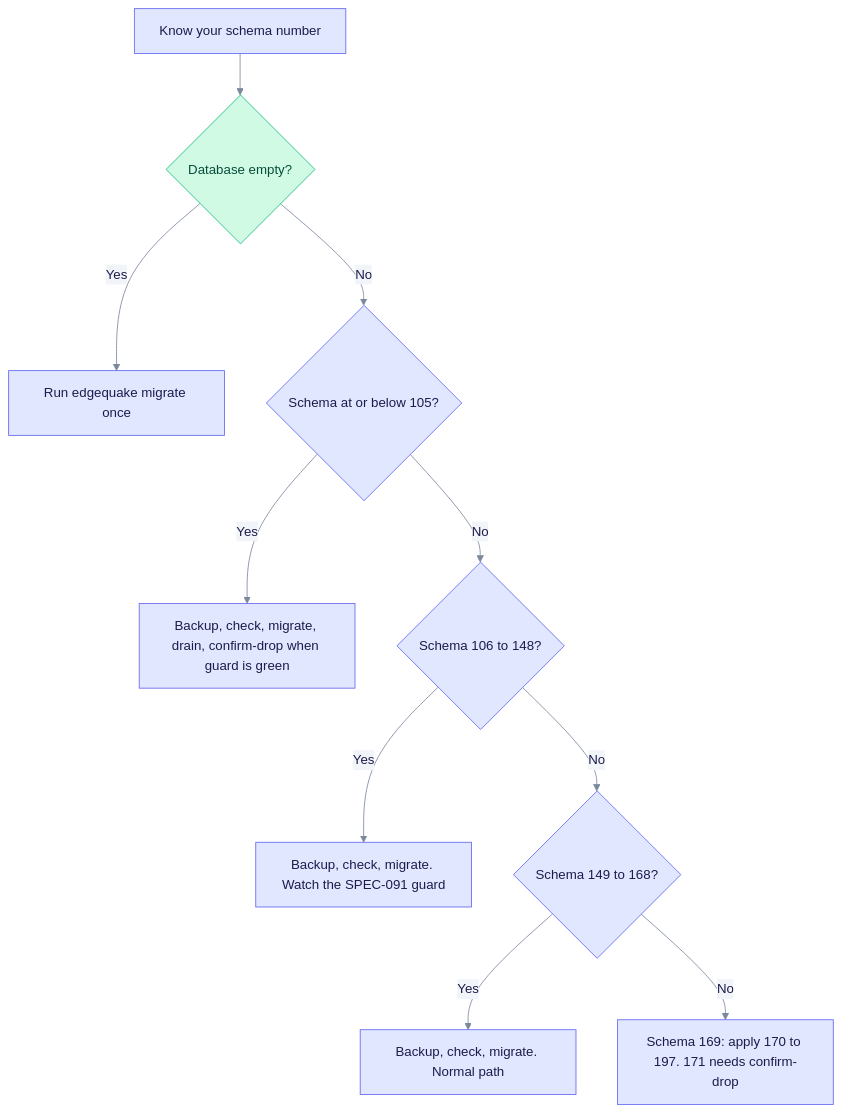
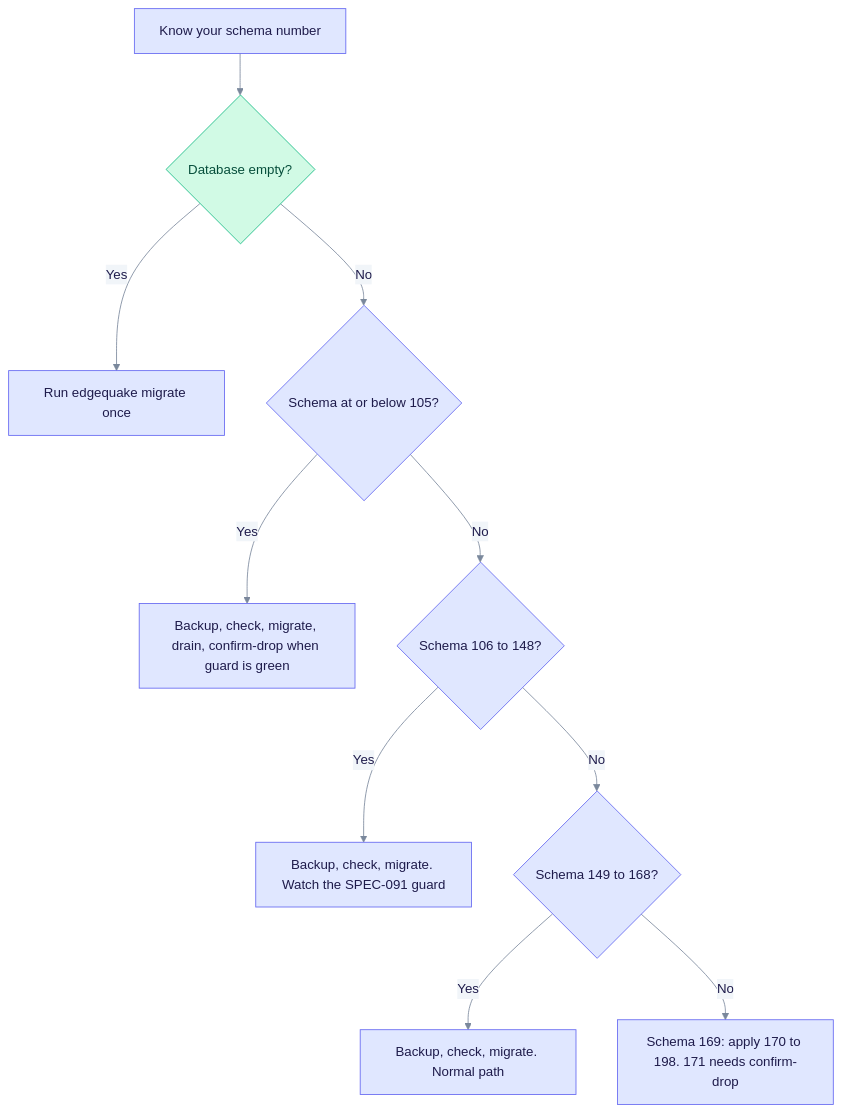
The first of 3 diagrams in docs/operations/upgrading.md (YatchiYa/edgequake), drawn with Mermaid before and after one commit. The commit also changed other lines of this file and 11 other files, not shown here.

````diff
--- a/docs/operations/upgrading.md
+++ b/docs/operations/upgrading.md
@@ -24,17 +24,17 @@
 ```mermaid
 %%{init: {"theme":"base","themeVariables":{"primaryColor":"#E0E7FF","primaryBorderColor":"#6366F1","primaryTextColor":"#1E1B4B","secondaryColor":"#D1FAE5","secondaryBorderColor":"#10B981","secondaryTextColor":"#064E3B","tertiaryColor":"#FEF3C7","tertiaryBorderColor":"#F59E0B","tertiaryTextColor":"#6B7A90","lineColor":"#7A889C","clusterBkg":"rgba(99,102,241,0.07)","clusterBorder":"#A5B4FC","noteBkgColor":"#FEF9C3","noteTextColor":"#422006","textColor":"#6B7A90","titleColor":"#6B7A90","signalColor":"#7A889C","signalTextColor":"#6B7A90","loopTextColor":"#6B7A90","edgeLabelBackground":"#F1F5F9","actorLineColor":"#94A3B8"}}}%%
 %% eq-theme:v1
 flowchart TD
   A["Know your schema number"] --> B{"Database empty?"}
   B -->|Yes| C["Run edgequake migrate once"]
   B -->|No| D{"Schema at or below 105?"}
   D -->|Yes| E["Backup, check, migrate, drain, confirm-drop when guard is green"]
   D -->|No| F{"Schema 106 to 148?"}
   F -->|Yes| G["Backup, check, migrate. Watch the SPEC-091 guard"]
   F -->|No| H{"Schema 149 to 168?"}
   H -->|Yes| I["Backup, check, migrate. Normal path"]
-  H -->|No| J["Schema 169: apply 170 to 197. 171 needs confirm-drop"]
+  H -->|No| J["Schema 169: apply 170 to 198. 171 needs confirm-drop"]
 %% eq-classes
 classDef eqStore fill:#D1FAE5,stroke:#10B981,color:#064E3B
 class B eqStore
 ```
````
